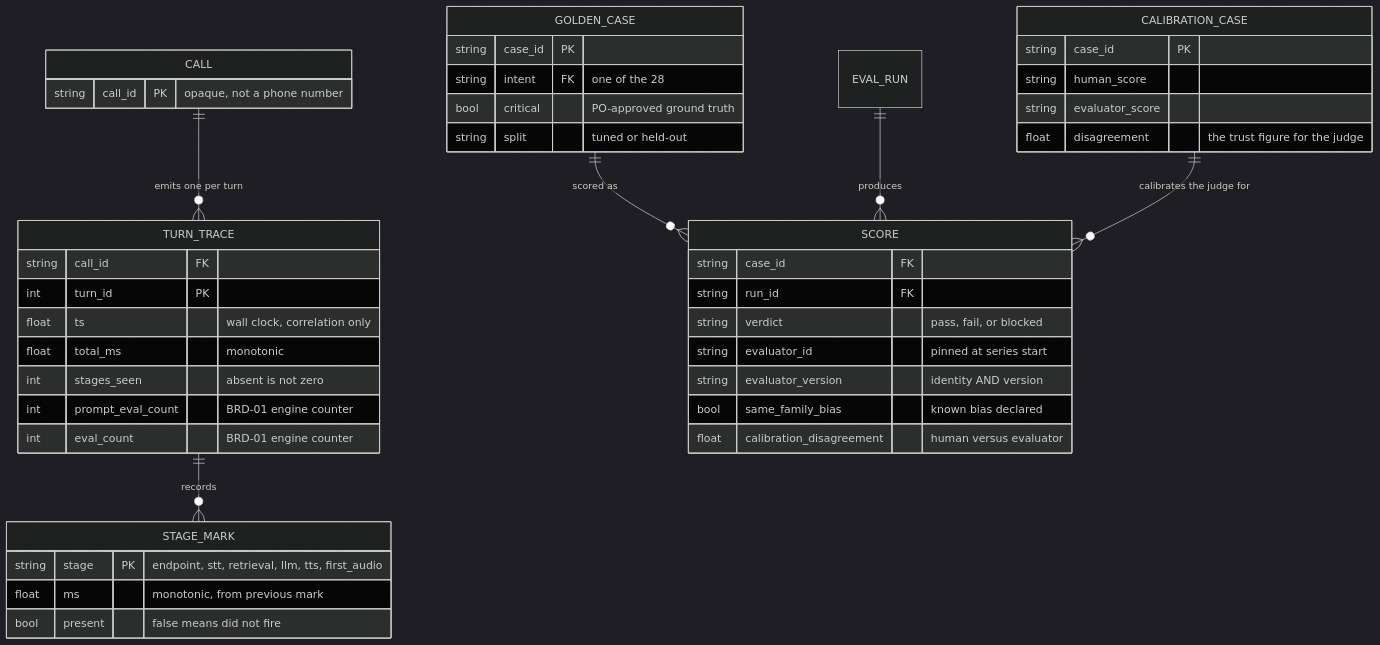
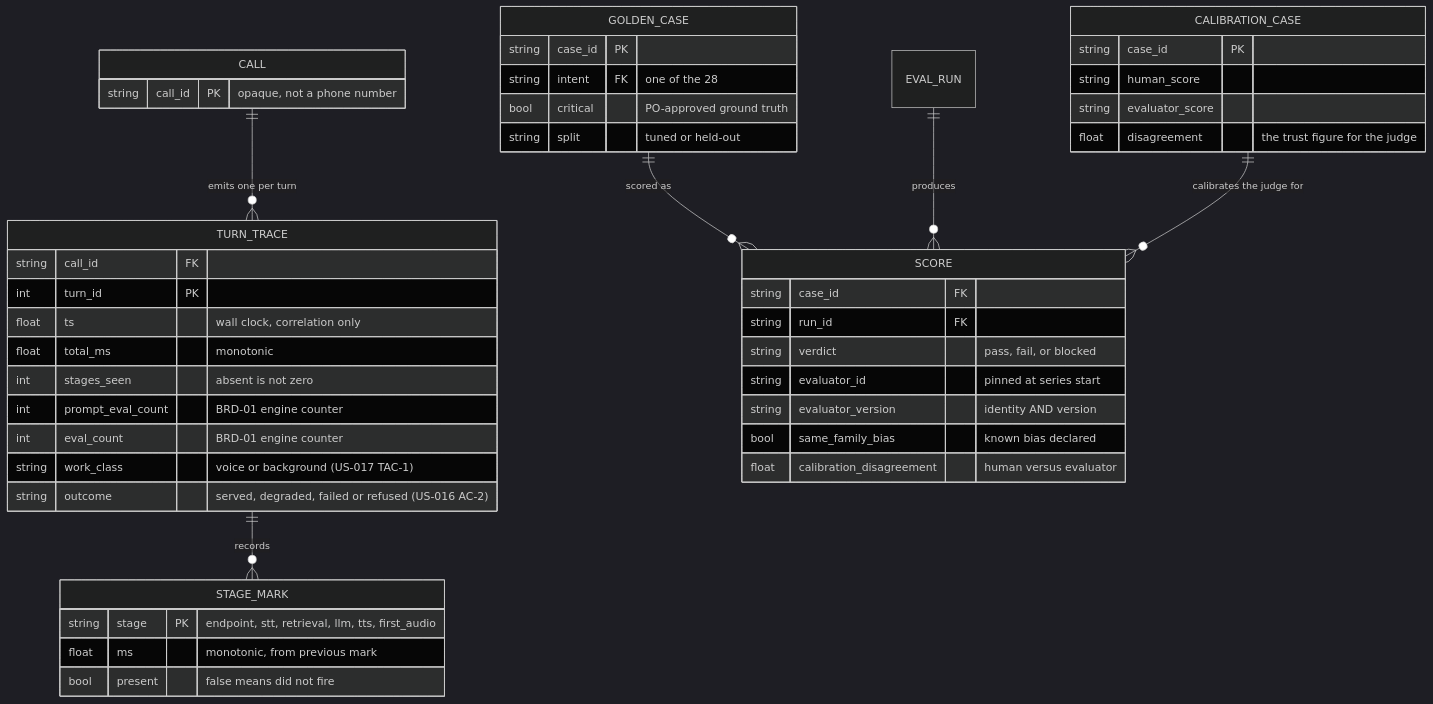
One commit to gsachin/aichatagent changed the diagram in doc/sdlc/modules/MOD-06-observability-evaluation.md. Above: the diagram before and after it, drawn with Mermaid (dark theme). The commit also changed other lines of this file and 5 other files, not shown here.

````diff
--- a/doc/sdlc/modules/MOD-06-observability-evaluation.md
+++ b/doc/sdlc/modules/MOD-06-observability-evaluation.md
@@ -194,46 +194,48 @@
 ```mermaid
 erDiagram
   CALL ||--o{ TURN_TRACE : "emits one per turn"
   TURN_TRACE ||--o{ STAGE_MARK : records
   GOLDEN_CASE ||--o{ SCORE : "scored as"
   EVAL_RUN ||--o{ SCORE : produces
   CALIBRATION_CASE ||--o{ SCORE : "calibrates the judge for"
   CALL {
     string call_id PK "opaque, not a phone number"
   }
   TURN_TRACE {
     string call_id FK
     int turn_id PK
     float ts "wall clock, correlation only"
     float total_ms "monotonic"
     int stages_seen "absent is not zero"
     int prompt_eval_count "BRD-01 engine counter"
     int eval_count "BRD-01 engine counter"
+    string work_class "voice or background (US-017 TAC-1)"
+    string outcome "served, degraded, failed or refused (US-016 AC-2)"
   }
   STAGE_MARK {
     string stage PK "endpoint, stt, retrieval, llm, tts, first_audio"
     float ms "monotonic, from previous mark"
     bool present "false means did not fire"
   }
   GOLDEN_CASE {
     string case_id PK
     string intent FK "one of the 28"
     bool critical "PO-approved ground truth"
     string split "tuned or held-out"
   }
   SCORE {
     string case_id FK
     string run_id FK
     string verdict "pass, fail, or blocked"
     string evaluator_id "pinned at series start"
     string evaluator_version "identity AND version"
     bool same_family_bias "known bias declared"
     float calibration_disagreement "human versus evaluator"
   }
   CALIBRATION_CASE {
     string case_id PK
     string human_score
     string evaluator_score
     float disagreement "the trust figure for the judge"
   }
 ```
````
